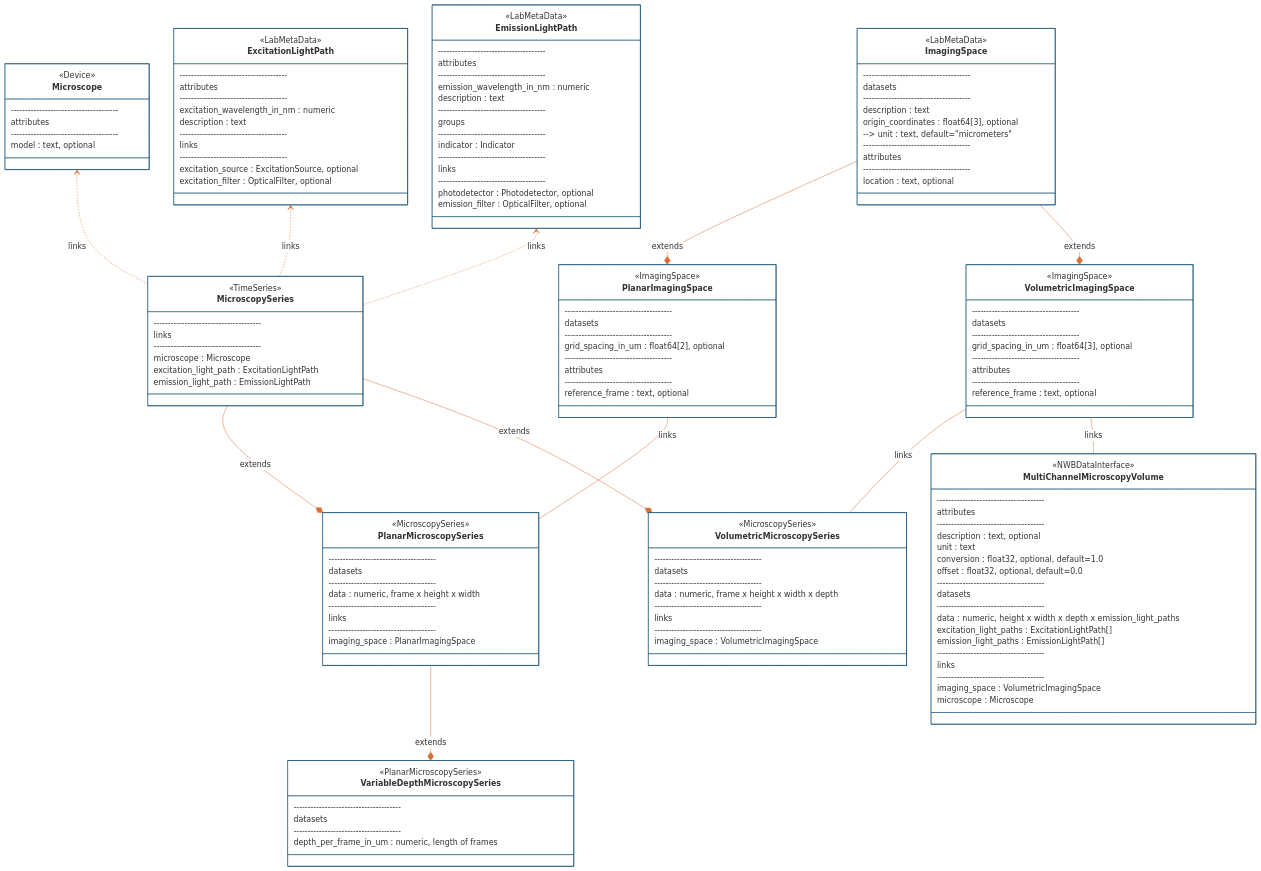
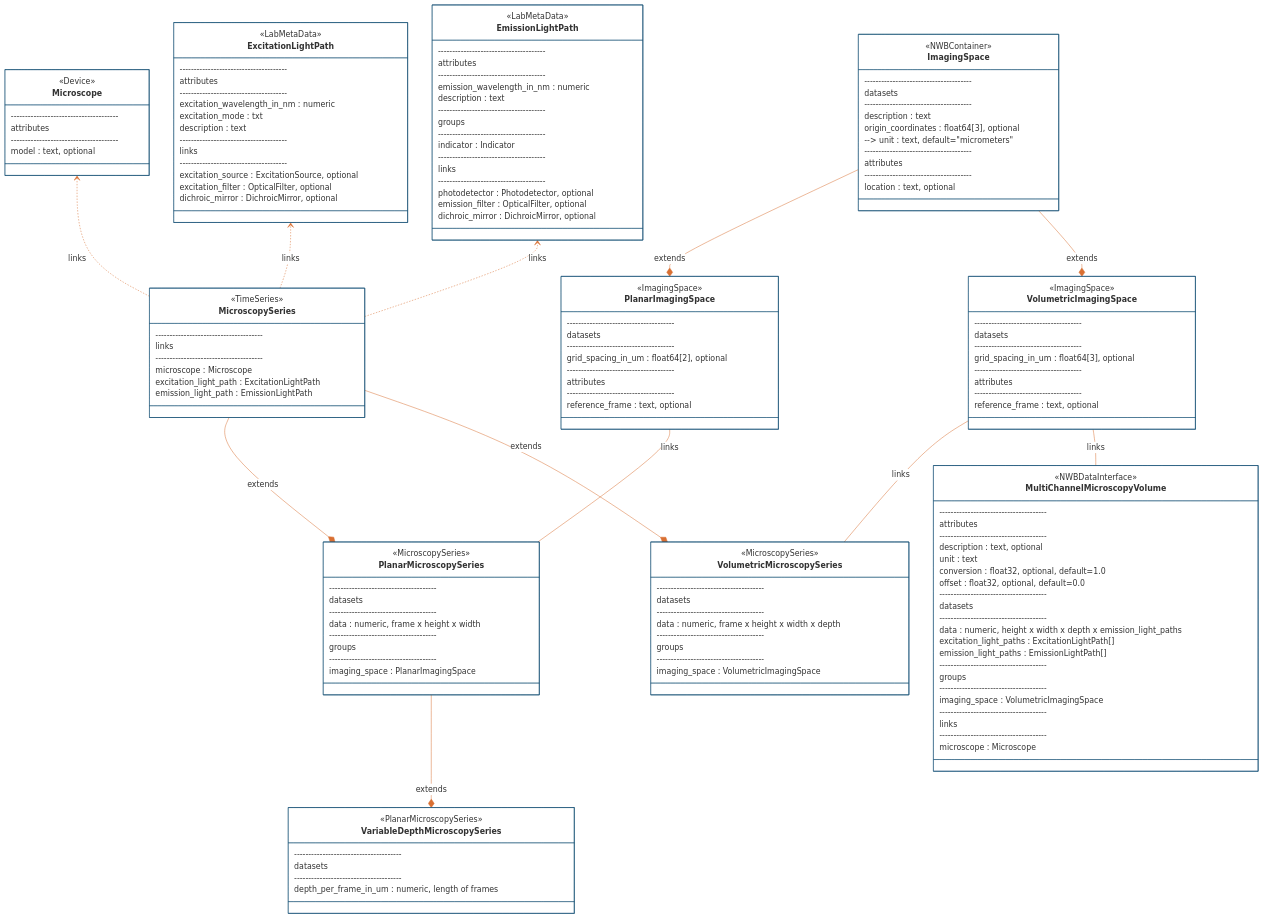
One commit to catalystneuro/ndx-microscopy changed the second of 2 diagrams in README.md. Above: the diagram before and after it, drawn with Mermaid. The commit also changed other lines of this file and 4 other files, not shown here.

First line of the commit message:
Add excitation_mode (#31)

```diff
--- a/README.md
+++ b/README.md
@@ -184,7 +187,7 @@
         --------------------------------------
         data : numeric, frame x height x width
         --------------------------------------
-        links
+        groups
         --------------------------------------
         imaging_space : PlanarImagingSpace
     }
@@ -204,7 +207,7 @@
         --------------------------------------
         data : numeric, frame x height x width x depth
         --------------------------------------
-        links
+        groups
         --------------------------------------
         imaging_space : VolumetricImagingSpace
     }
@@ -225,14 +228,17 @@
         excitation_light_paths : ExcitationLightPath[]
         emission_light_paths : EmissionLightPath[]
         --------------------------------------
+        groups
+        --------------------------------------
+        imaging_space : VolumetricImagingSpace
+        --------------------------------------
         links
         --------------------------------------
-        imaging_space : VolumetricImagingSpace
         microscope : Microscope
     }
     
     class ImagingSpace {
-        <<LabMetaData>>
+        <<NWBContainer>>
         --------------------------------------
         datasets
         --------------------------------------
@@ -275,12 +281,14 @@
         attributes
         --------------------------------------
         excitation_wavelength_in_nm : numeric
+        excitation_mode : txt
         description : text
         --------------------------------------
         links
         --------------------------------------
         excitation_source : ExcitationSource, optional
         excitation_filter : OpticalFilter, optional
+        dichroic_mirror : DichroicMirror, optional
     }
 
     class EmissionLightPath {
@@ -299,6 +307,7 @@
         --------------------------------------
         photodetector : Photodetector, optional
         emission_filter : OpticalFilter, optional
+        dichroic_mirror : DichroicMirror, optional
     }
 
     class Microscope {
```
